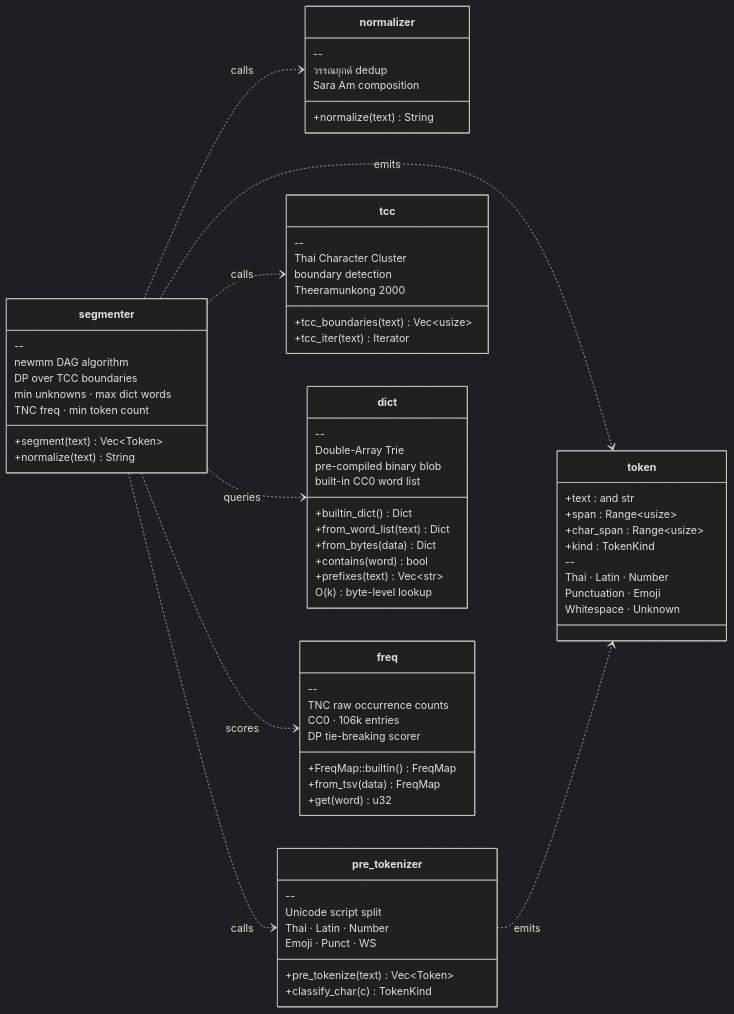
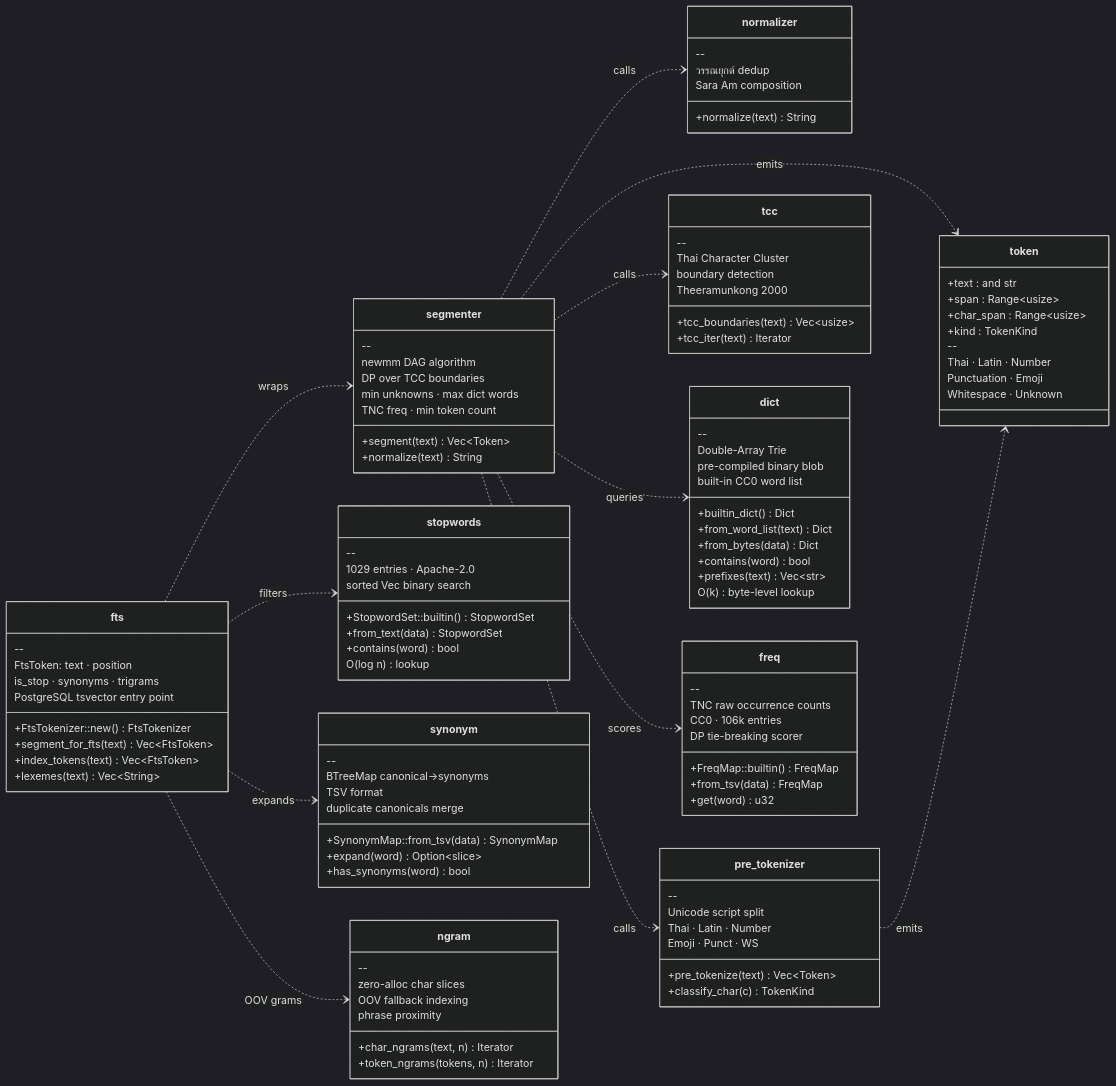
The second of 6 diagrams in README.md (preedep/kham), drawn with Mermaid (dark theme) before and after one commit. The commit also changed other lines of this file and 7 other files, not shown here.

First line of the commit message:
Add Thai FTS tokenizer, character n-grams, and stopword filter

````diff
--- a/README.md
+++ b/README.md
@@ -365,6 +447,46 @@
         Whitespace · Unknown
     }
 
+    class stopwords {
+        +StopwordSet::builtin() StopwordSet
+        +from_text(data) StopwordSet
+        +contains(word) bool
+        --
+        1029 entries · Apache-2.0
+        sorted Vec binary search
+        O(log n) lookup
+    }
+
+    class synonym {
+        +SynonymMap::from_tsv(data) SynonymMap
+        +expand(word) Option~slice~
+        +has_synonyms(word) bool
+        --
+        BTreeMap canonical→synonyms
+        TSV format
+        duplicate canonicals merge
+    }
+
+    class ngram {
+        +char_ngrams(text, n) Iterator
+        +token_ngrams(tokens, n) Iterator
+        --
+        zero-alloc char slices
+        OOV fallback indexing
+        phrase proximity
+    }
+
+    class fts {
+        +FtsTokenizer::new() FtsTokenizer
+        +segment_for_fts(text) Vec~FtsToken~
+        +index_tokens(text) Vec~FtsToken~
+        +lexemes(text) Vec~String~
+        --
+        FtsToken: text · position
+        is_stop · synonyms · trigrams
+        PostgreSQL tsvector entry point
+    }
+
     segmenter ..> normalizer : calls
     segmenter ..> pre_tokenizer : calls
     segmenter ..> tcc : calls
@@ -372,4 +494,8 @@
     segmenter ..> freq : scores
     segmenter ..> token : emits
     pre_tokenizer ..> token : emits
+    fts ..> segmenter : wraps
+    fts ..> stopwords : filters
+    fts ..> synonym : expands
+    fts ..> ngram : OOV grams
 ```
````
